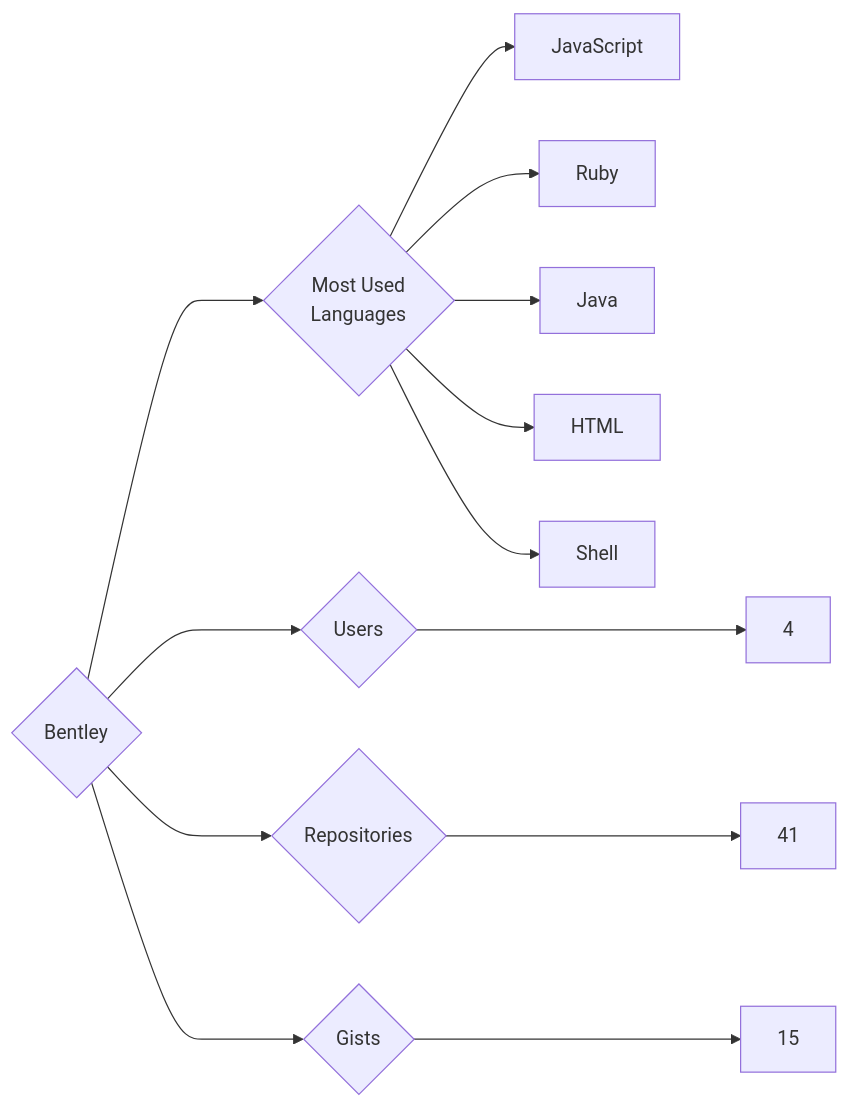
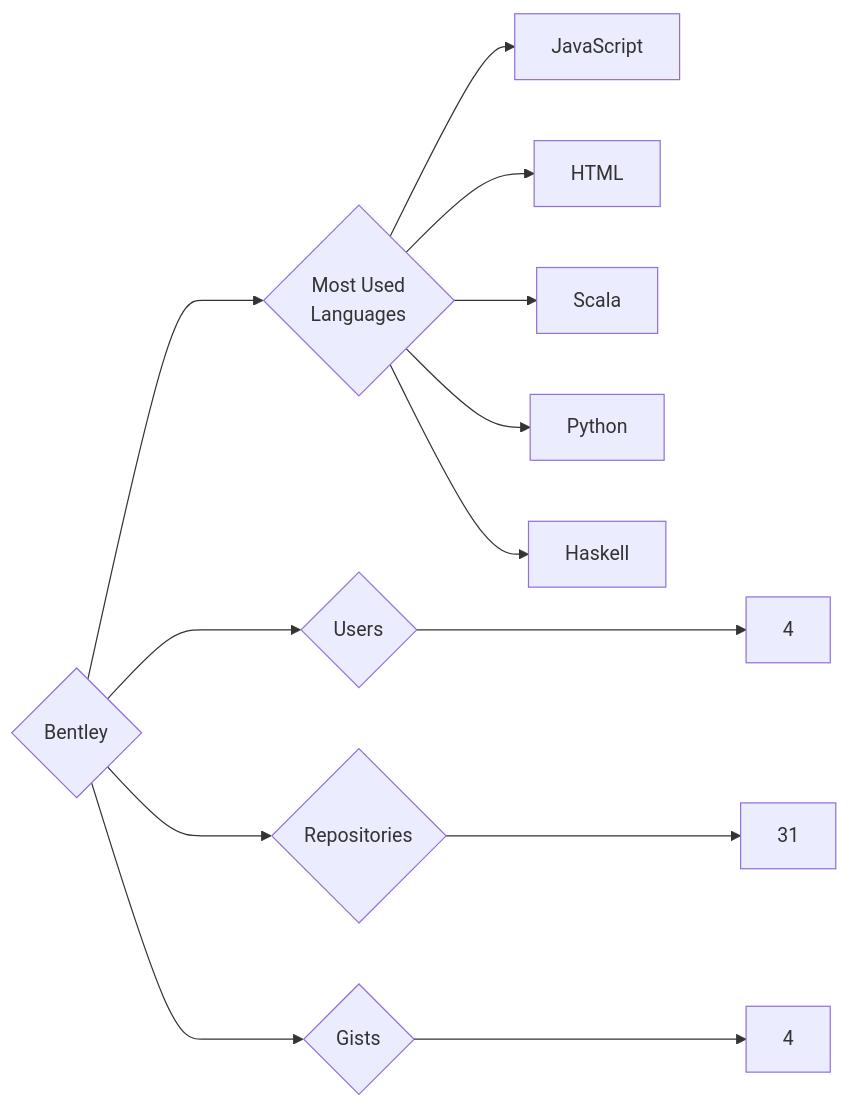
One commit to trickest/insiders changed the diagram in targets/Bentley/README.md. Above: the diagram before and after it, drawn with Mermaid. The commit also changed 559 other files, not shown here.

````diff
--- a/targets/Bentley/README.md
+++ b/targets/Bentley/README.md
@@ -3,13 +3,13 @@
 ```mermaid
 graph LR
 COMPANY_NAME{Bentley}
 COMPANY_NAME ---> U{Users} ---> UN[4]
-COMPANY_NAME ---> R{Repositories} ---> RN[41]
-COMPANY_NAME ---> G{Gists} ---> GN[15]
+COMPANY_NAME ---> R{Repositories} ---> RN[31]
+COMPANY_NAME ---> G{Gists} ---> GN[4]
 COMPANY_NAME ---> ML{Most Used<br>Languages}
 ML --> JavaScript[JavaScript]
-ML --> Ruby[Ruby]
-ML --> Java[Java]
 ML --> HTML[HTML]
-ML --> Shell[Shell]
+ML --> Scala[Scala]
+ML --> Python[Python]
+ML --> Haskell[Haskell]
 ```
````
